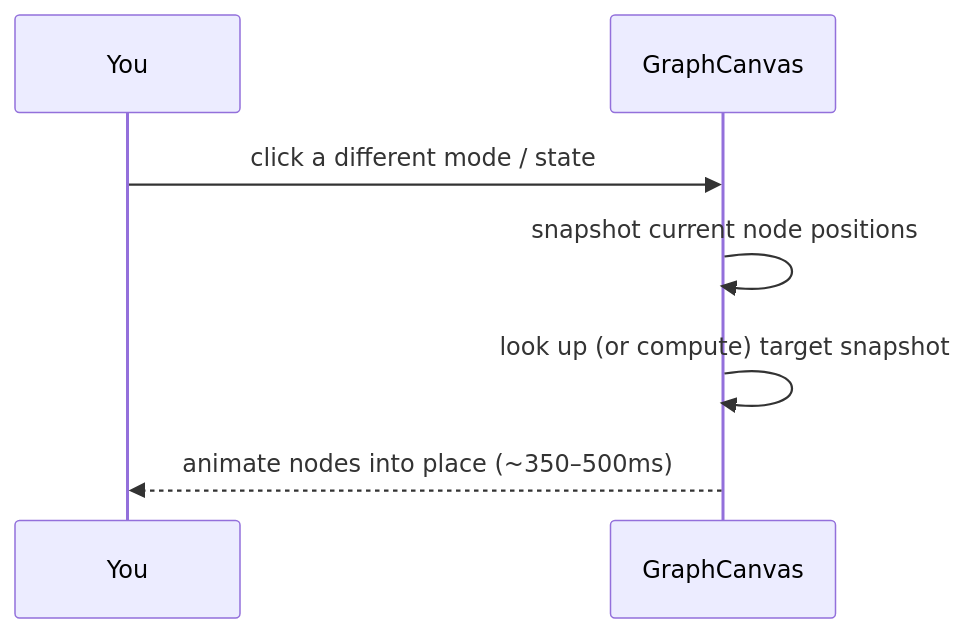
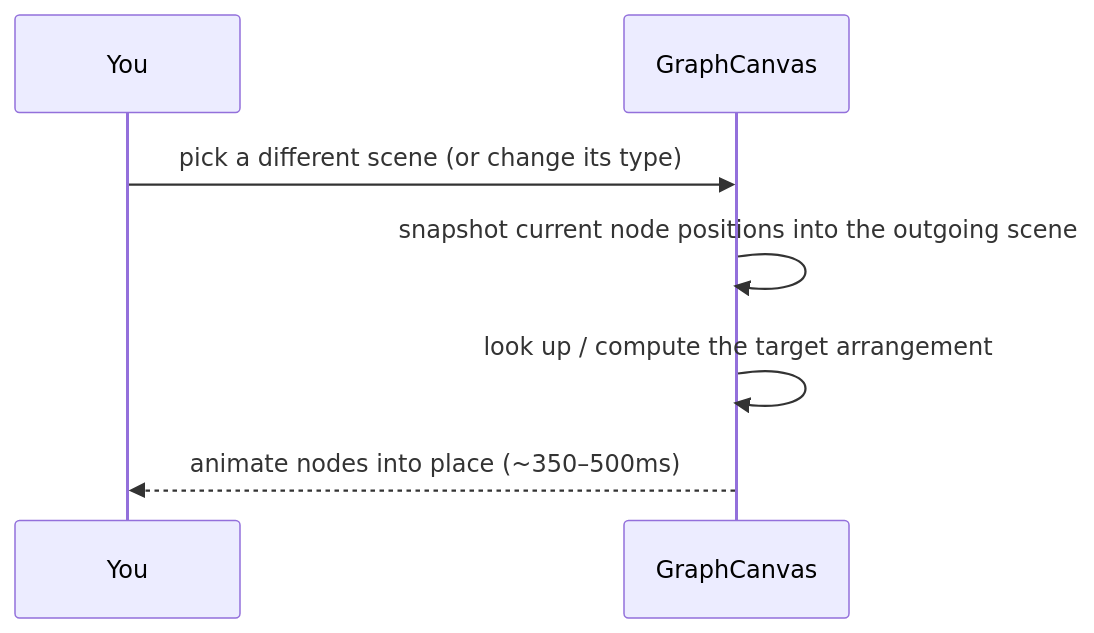
One commit to TommyChan6/ModernFamilyTree changed the fifth of 11 diagrams in docs/client-structure.md. Above: the diagram before and after it, drawn with Mermaid. The commit also changed other lines of this file and 7 other files, not shown here.

````diff
--- a/docs/client-structure.md
+++ b/docs/client-structure.md
@@ -162,9 +154,9 @@
 ```mermaid
 sequenceDiagram
     participant U as You
     participant G as GraphCanvas
-    U->>G: click a different mode / state
-    G->>G: snapshot current node positions
-    G->>G: look up (or compute) target snapshot
+    U->>G: pick a different scene (or change its type)
+    G->>G: snapshot current node positions into the outgoing scene
+    G->>G: look up / compute the target arrangement
     G-->>U: animate nodes into place (~350–500ms)
 ```
````
